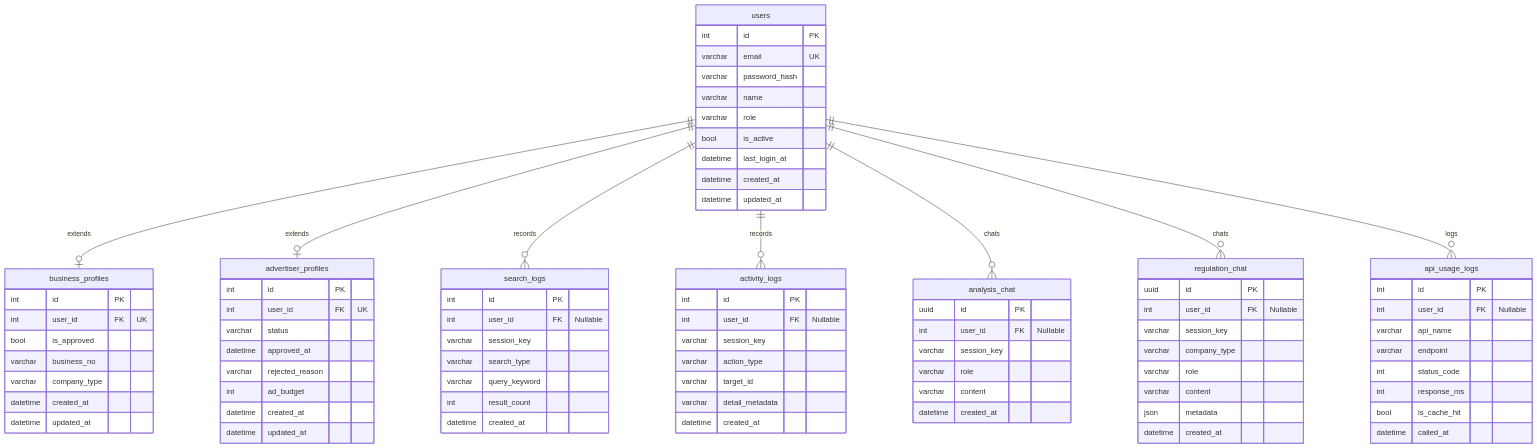
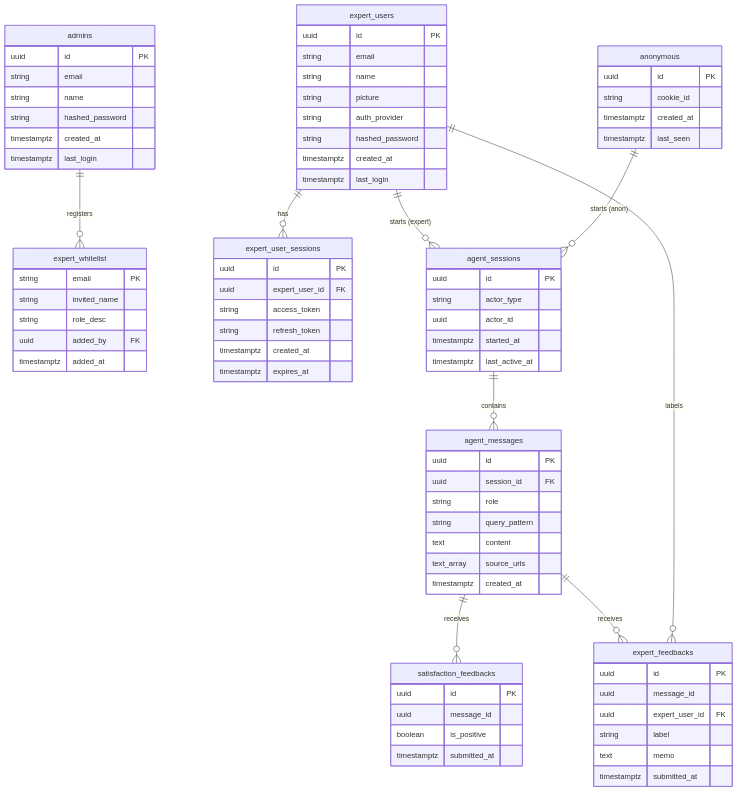
Before and after one commit to foodopenlab/com.foodopenlab.docs: the diagram in DevOps/Backend/MFDS_ERD.md, drawn with Mermaid. The commit also changed other lines of this file and 4 other files, not shown here.

````diff
--- a/DevOps/Backend/MFDS_ERD.md
+++ b/DevOps/Backend/MFDS_ERD.md
@@ -5,94 +11,89 @@
 ```mermaid
 erDiagram
-    users ||--o| business_profiles : extends
-    users ||--o| advertiser_profiles : extends
-    users ||--o{ search_logs : records
-    users ||--o{ activity_logs : records
-    users ||--o{ analysis_chat : chats
-    users ||--o{ regulation_chat : chats
-    users ||--o{ api_usage_logs : logs
+    admins ||--o{ expert_whitelist : "registers"
+    expert_users ||--o{ expert_user_sessions : "has"
+    expert_users ||--o{ agent_sessions : "starts (expert)"
+    anonymous ||--o{ agent_sessions : "starts (anon)"
+    agent_sessions ||--o{ agent_messages : "contains"
+    agent_messages ||--o{ satisfaction_feedbacks : "receives"
+    agent_messages ||--o{ expert_feedbacks : "receives"
+    expert_users ||--o{ expert_feedbacks : "labels"
 
-    users {
-        int id PK
-        varchar email UK
-        varchar password_hash
-        varchar name
-        varchar role
-        bool is_active
-        datetime last_login_at
-        datetime created_at
-        datetime updated_at
+    admins {
+        uuid id PK
+        string email
+        string name
+        string hashed_password
+        timestamptz created_at
+        timestamptz last_login
     }
 
-    business_profiles {
-        int id PK
-        int user_id FK "UK"
-        bool is_approved
-        varchar business_no
-        varchar company_type
-        datetime created_at
-        datetime updated_at
+    expert_whitelist {
+        string email PK
+        string invited_name
+        string role_desc
+        uuid added_by FK
+        timestamptz added_at
     }
 
-    advertiser_profiles {
-        int id PK
-        int user_id FK "UK"
-        varchar status
-        datetime approved_at
-        varchar rejected_reason
-        int ad_budget
-        datetime created_at
-        datetime updated_at
+    expert_users {
+        uuid id PK
+        string email
+        string name
+        string picture
+        string auth_provider
+        string hashed_password
+        timestamptz created_at
+        timestamptz last_login
     }
 
-    search_logs {
-        int id PK
-        int user_id FK "Nullable"
-        varchar session_key
-        varchar search_type
-        varchar query_keyword
-        int result_count
-        datetime created_at
+    expert_user_sessions {
+        uuid id PK
+        uuid expert_user_id FK
+        string access_token
+        string refresh_token
+        timestamptz created_at
+        timestamptz expires_at
     }
 
-    activity_logs {
-        int id PK
-        int user_id FK "Nullable"
-        varchar session_key
-        varchar action_type
-        varchar target_id
-        varchar detail_metadata
-        datetime created_at
+    anonymous {
+        uuid id PK
+        string cookie_id
+        timestamptz created_at
+        timestamptz last_seen
     }
 
-    analysis_chat {
+    agent_sessions {
         uuid id PK
-        int user_id FK "Nullable"
-        varchar session_key
-        varchar role
-        varchar content
-        datetime created_at
+        string actor_type
+        uuid actor_id
+        timestamptz started_at
+        timestamptz last_active_at
     }
 
-    regulation_chat {
+    agent_messages {
         uuid id PK
-        int user_id FK "Nullable"
-        varchar session_key
-        varchar company_type
-        varchar role
-        varchar content
-        json metadata
-        datetime created_at
+        uuid session_id FK
+        string role
+        string query_pattern
+        text content
+        text_array source_urls
+        timestamptz created_at
     }
 
-    api_usage_logs {
-        int id PK
-        int user_id FK "Nullable"
-        varchar api_name
-        varchar endpoint
-        int status_code
-        int response_ms
-        bool is_cache_hit
-        datetime called_at
+    satisfaction_feedbacks {
+        uuid id PK
+        uuid message_id
+        boolean is_positive
+        timestamptz submitted_at
+    }
+
+    expert_feedbacks {
+        uuid id PK
+        uuid message_id
+        uuid expert_user_id FK
+        string label
+        text memo
+        timestamptz submitted_at
     }
 ```
````
